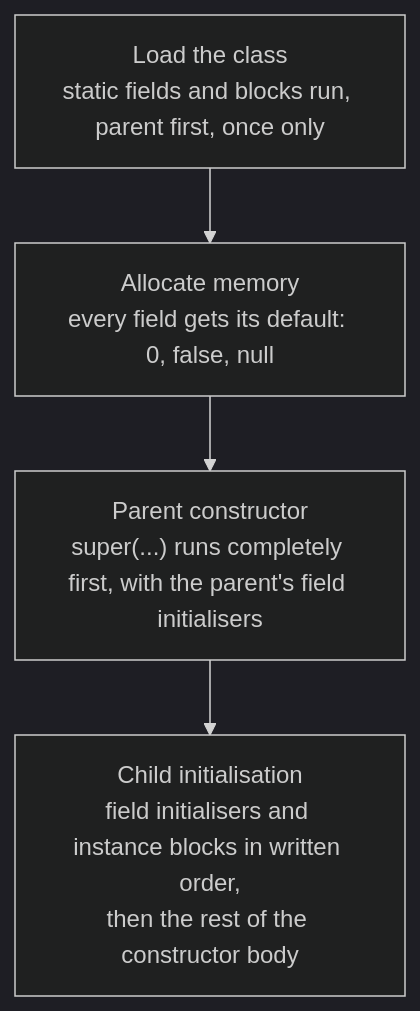
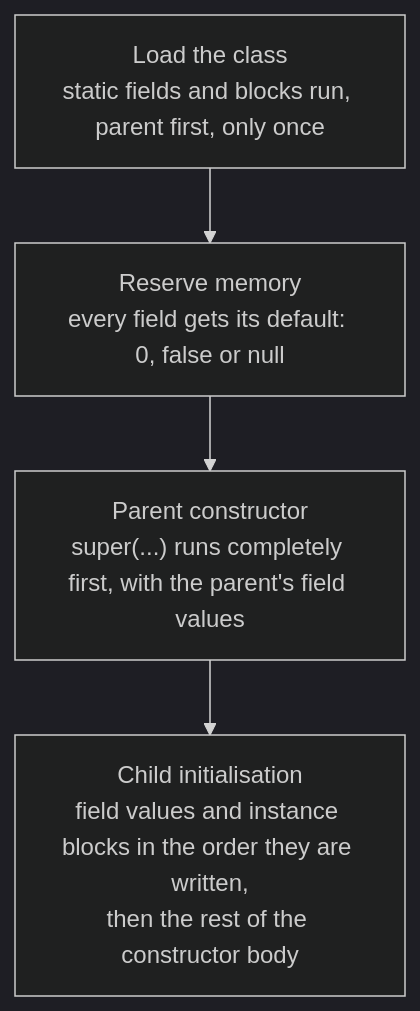
The diagram in content/lessons/oop-concepts.md (nuwan94/interview-notebook), drawn with Mermaid (dark theme) before and after one commit. The commit also changed other lines of this file and 22 other files, not shown here.

````diff
--- a/content/lessons/oop-concepts.md
+++ b/content/lessons/oop-concepts.md
@@ -67,6 +87,6 @@
 ```mermaid
 flowchart TD
-  A["Load the class<br/>static fields and blocks run, parent first, once only"] --> B["Allocate memory<br/>every field gets its default: 0, false, null"]
-  B --> C["Parent constructor<br/>super(...) runs completely first, with the parent's field initialisers"]
-  C --> D["Child initialisation<br/>field initialisers and instance blocks in written order,<br/>then the rest of the constructor body"]
+  A["Load the class<br/>static fields and blocks run, parent first, only once"] --> B["Reserve memory<br/>every field gets its default: 0, false or null"]
+  B --> C["Parent constructor<br/>super(...) runs completely first, with the parent's field values"]
+  C --> D["Child initialisation<br/>field values and instance blocks in the order they are written,<br/>then the rest of the constructor body"]
 ```
````
